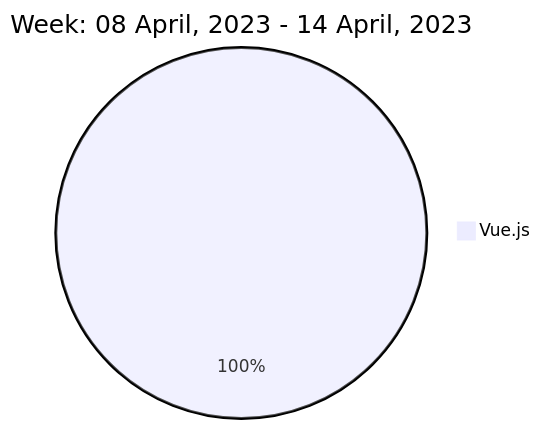
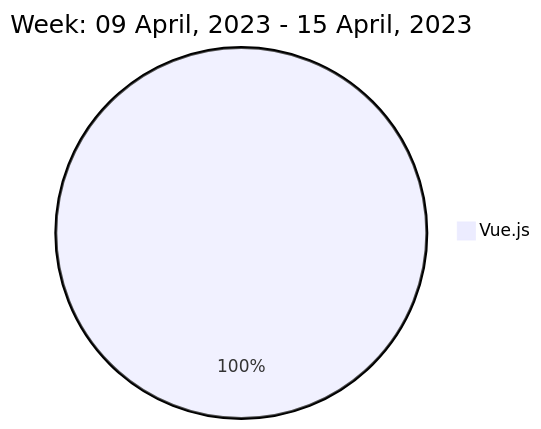
The diagram in README.md (liubin95/liubin95), drawn with Mermaid before and after one commit.

Commit message:
Updated the Graph with new Metrics

````diff
--- a/README.md
+++ b/README.md
@@ -40,5 +40,5 @@
 ```mermaid
  pie
-title Week: 08 April, 2023 - 14 April, 2023
+title Week: 09 April, 2023 - 15 April, 2023
  "Vue.js" : 2.22
 ```
````
